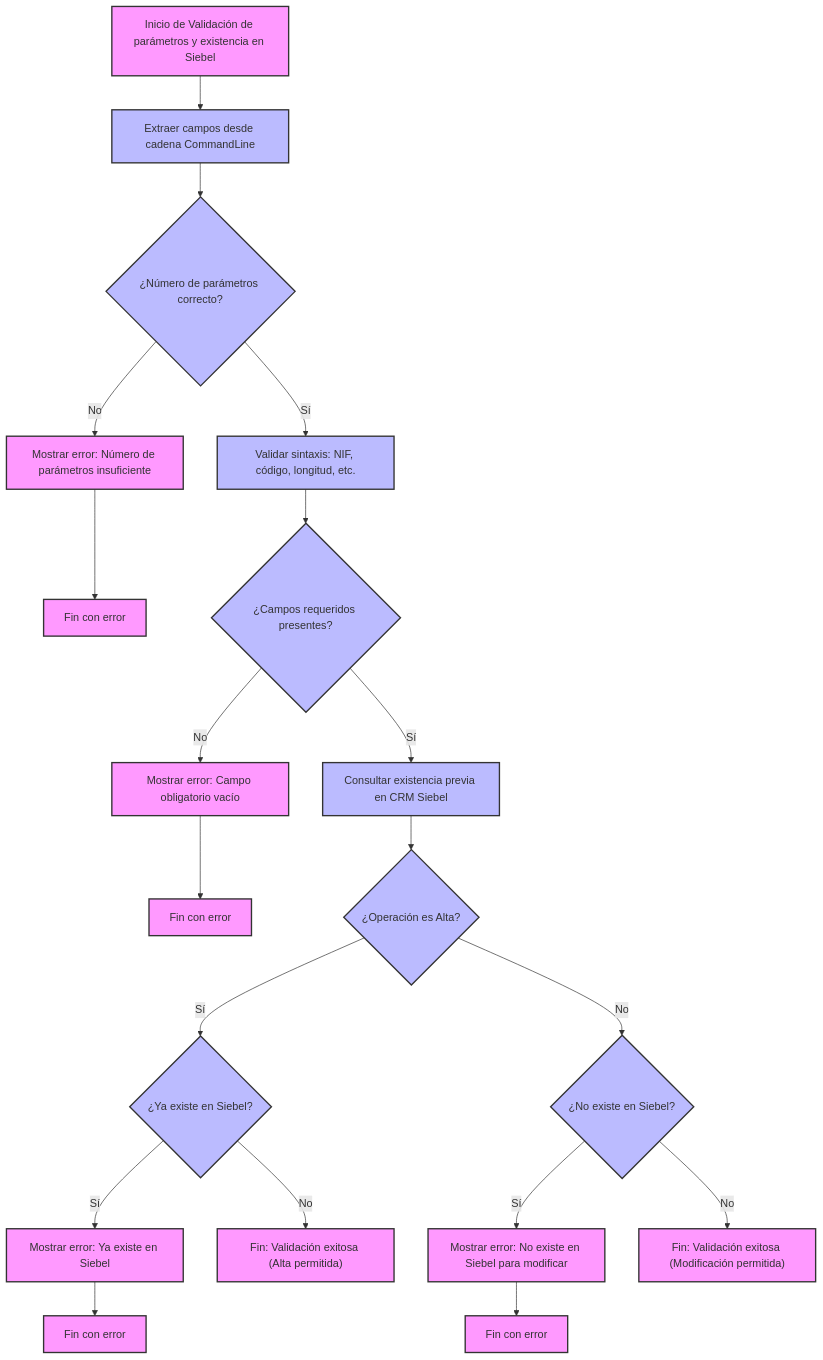
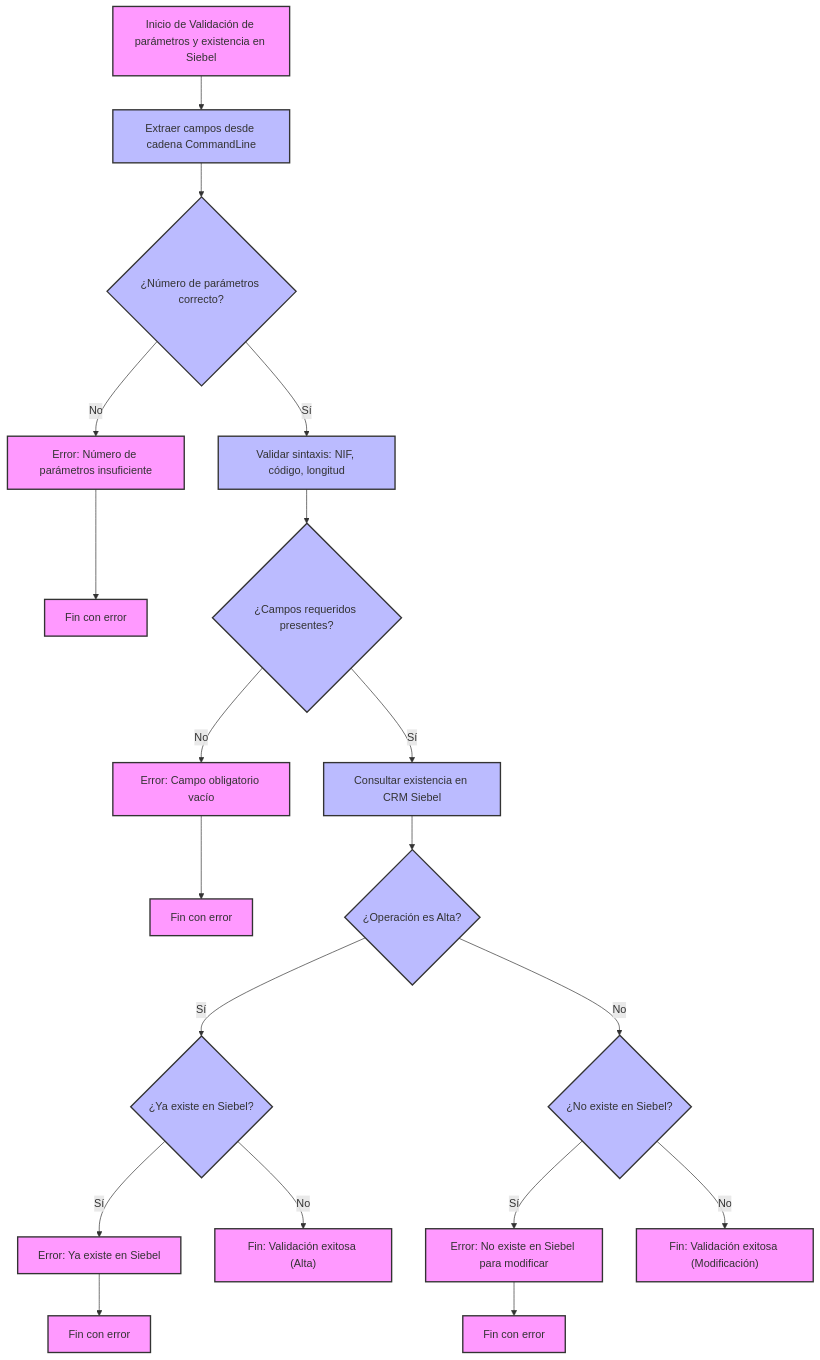
The diagram in readmeValidarParametros.md (pepices/PBLEntradaUnica), drawn with Mermaid before and after one commit.

Commit message:
Adjust Mermaid diagram text to ensure full visibility in GitHub

````diff
--- a/readmeValidarParametros.md
+++ b/readmeValidarParametros.md
@@ -9,30 +9,30 @@
 ```mermaid
 flowchart TD
     Start["Inicio de Validación de parámetros y existencia en Siebel"] --> ParseParams["Extraer campos desde cadena CommandLine"]
     ParseParams --> CheckCount{"¿Número de parámetros correcto?"}
-    CheckCount -- No --> ErrorCount["Mostrar error: Número de parámetros insuficiente"]
+    CheckCount -- No --> ErrorCount["Error: Número de parámetros insuficiente"]
     ErrorCount --> EndErr1["Fin con error"]
 
-    CheckCount -- Sí --> ValidateSyntax["Validar sintaxis: NIF, código, longitud, etc."]
+    CheckCount -- Sí --> ValidateSyntax["Validar sintaxis: NIF, código, longitud"]
     ValidateSyntax --> CheckFields{"¿Campos requeridos presentes?"}
-    CheckFields -- No --> ErrorFields["Mostrar error: Campo obligatorio vacío"]
+    CheckFields -- No --> ErrorFields["Error: Campo obligatorio vacío"]
     ErrorFields --> EndErr2["Fin con error"]
 
-    CheckFields -- Sí --> CheckSiebel["Consultar existencia previa en CRM Siebel"]
+    CheckFields -- Sí --> CheckSiebel["Consultar existencia en CRM Siebel"]
     CheckSiebel --> IsAlta{"¿Operación es Alta?"}
     IsAlta -- Sí --> ExistsAlta{"¿Ya existe en Siebel?"}
-    ExistsAlta -- Sí --> ErrorAlta["Mostrar error: Ya existe en Siebel"]
+    ExistsAlta -- Sí --> ErrorAlta["Error: Ya existe en Siebel"]
     ErrorAlta --> EndErr3["Fin con error"]
-    ExistsAlta -- No --> EndOk1["Fin: Validación exitosa (Alta permitida)"]
+    ExistsAlta -- No --> EndOk1["Fin: Validación exitosa (Alta)"]
 
     IsAlta -- No --> ExistsMod{"¿No existe en Siebel?"}
-    ExistsMod -- Sí --> ErrorMod["Mostrar error: No existe en Siebel para modificar"]
+    ExistsMod -- Sí --> ErrorMod["Error: No existe en Siebel para modificar"]
     ErrorMod --> EndErr4["Fin con error"]
-    ExistsMod -- No --> EndOk2["Fin: Validación exitosa (Modificación permitida)"]
+    ExistsMod -- No --> EndOk2["Fin: Validación exitosa (Modificación)"]
 
     %% Estilo de cajas
     classDef default fill:#f9f,stroke:#333,stroke-width:2px;
     classDef validation fill:#bbf,stroke:#333,stroke-width:2px;
     class Start,EndErr1,EndErr2,EndErr3,EndErr4,EndOk1,EndOk2 default;
     class ParseParams,CheckCount,ValidateSyntax,CheckFields,CheckSiebel,IsAlta,ExistsAlta,ExistsMod validation;
 ```
````
